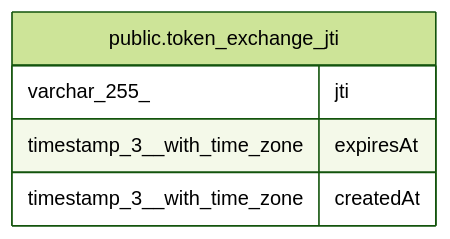
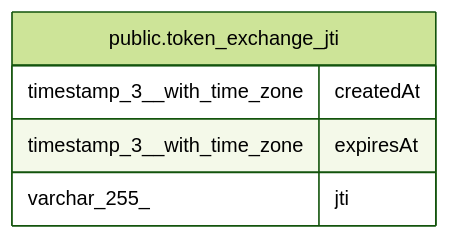
One commit to mayankjain1815-commits/n8n changed the diagram in docs/generated/postgres-schema/public.token_exchange_jti.md. Above: the diagram before and after it, drawn with Mermaid (forest theme). The commit also changed other lines of this file and 221 other files, not shown here.

Commit message:
chore(core): Make DB schema docs generation deterministic (#32373)

````diff
--- a/docs/generated/postgres-schema/public.token_exchange_jti.md
+++ b/docs/generated/postgres-schema/public.token_exchange_jti.md
@@ -28,10 +28,10 @@
 ```mermaid
 erDiagram
 
 
 "public.token_exchange_jti" {
+  timestamp_3__with_time_zone createdAt
+  timestamp_3__with_time_zone expiresAt
   varchar_255_ jti
-  timestamp_3__with_time_zone expiresAt
-  timestamp_3__with_time_zone createdAt
 }
 ```
````
